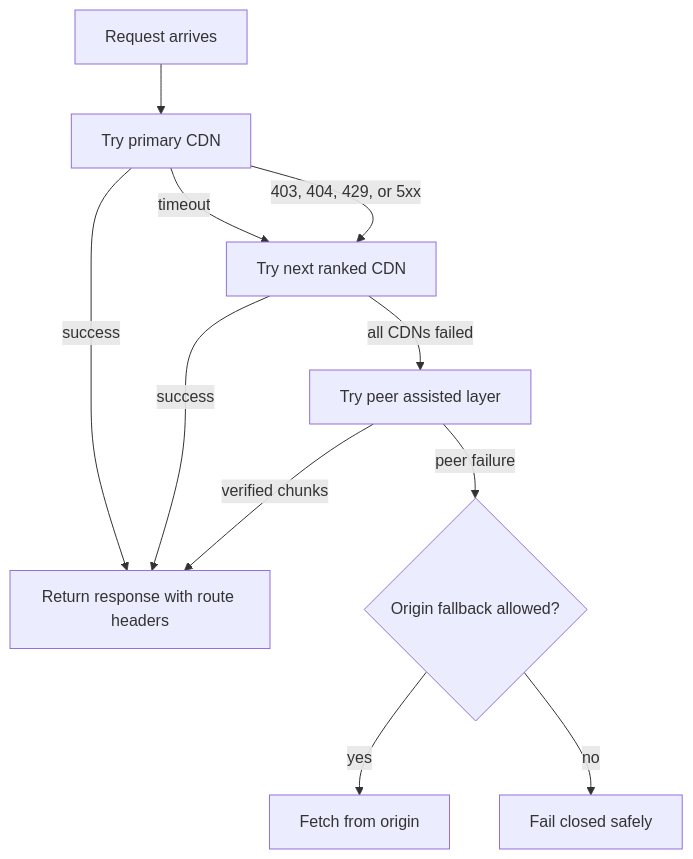
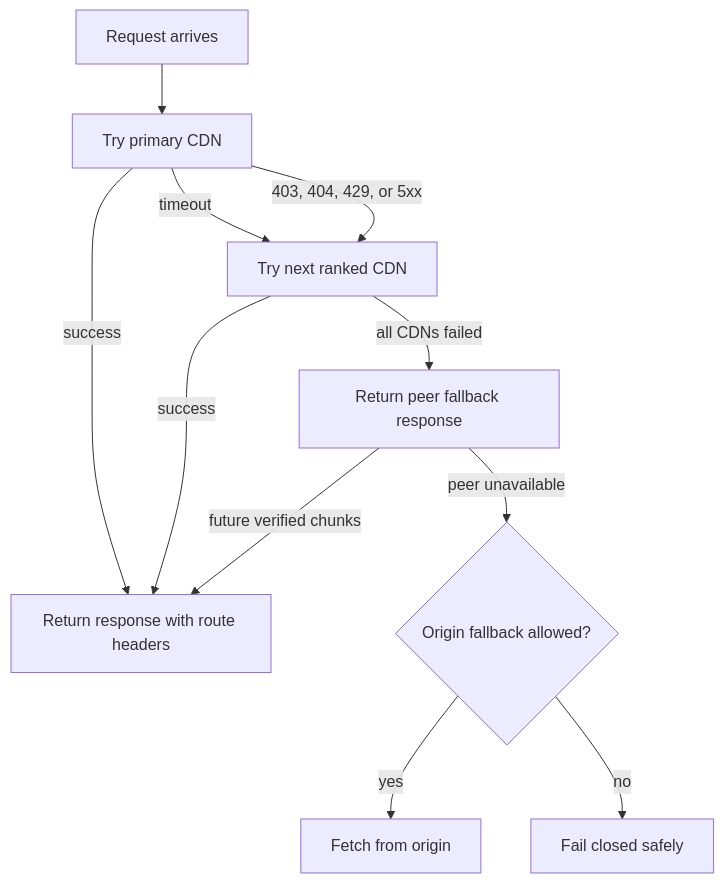
Before and after one commit to DeerSpotter/after-cloudflare: the second of 2 diagrams in README.md, drawn with Mermaid. The commit also changed other lines of this file, not shown here.

````diff
--- a/README.md
+++ b/README.md
@@ -249,13 +294,13 @@
 ```mermaid
 flowchart TD
     R[Request arrives] --> A[Try primary CDN]
     A -->|success| OK[Return response with route headers]
     A -->|timeout| B[Try next ranked CDN]
     A -->|403, 404, 429, or 5xx| B
     B -->|success| OK
-    B -->|all CDNs failed| P[Try peer assisted layer]
-    P -->|verified chunks| OK
-    P -->|peer failure| O{Origin fallback allowed?}
+    B -->|all CDNs failed| P[Return peer fallback response]
+    P -->|future verified chunks| OK
+    P -->|peer unavailable| O{Origin fallback allowed?}
     O -->|yes| OR[Fetch from origin]
     O -->|no| SAFE[Fail closed safely]
 ```
````
